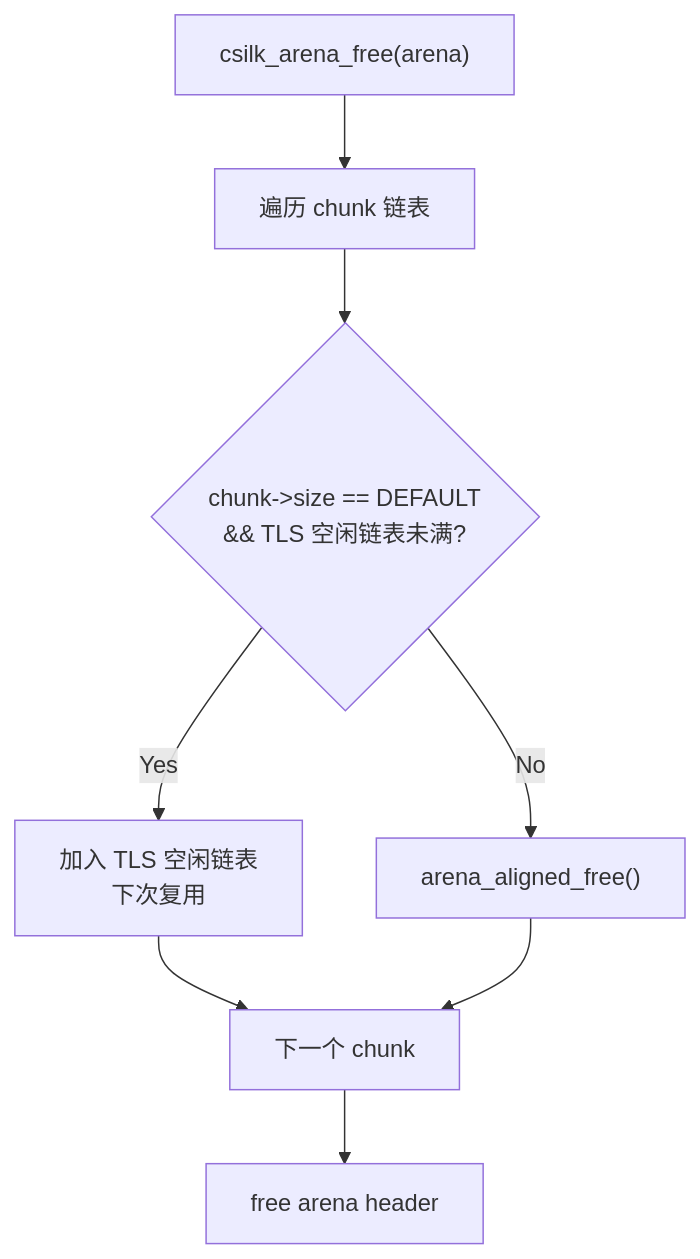
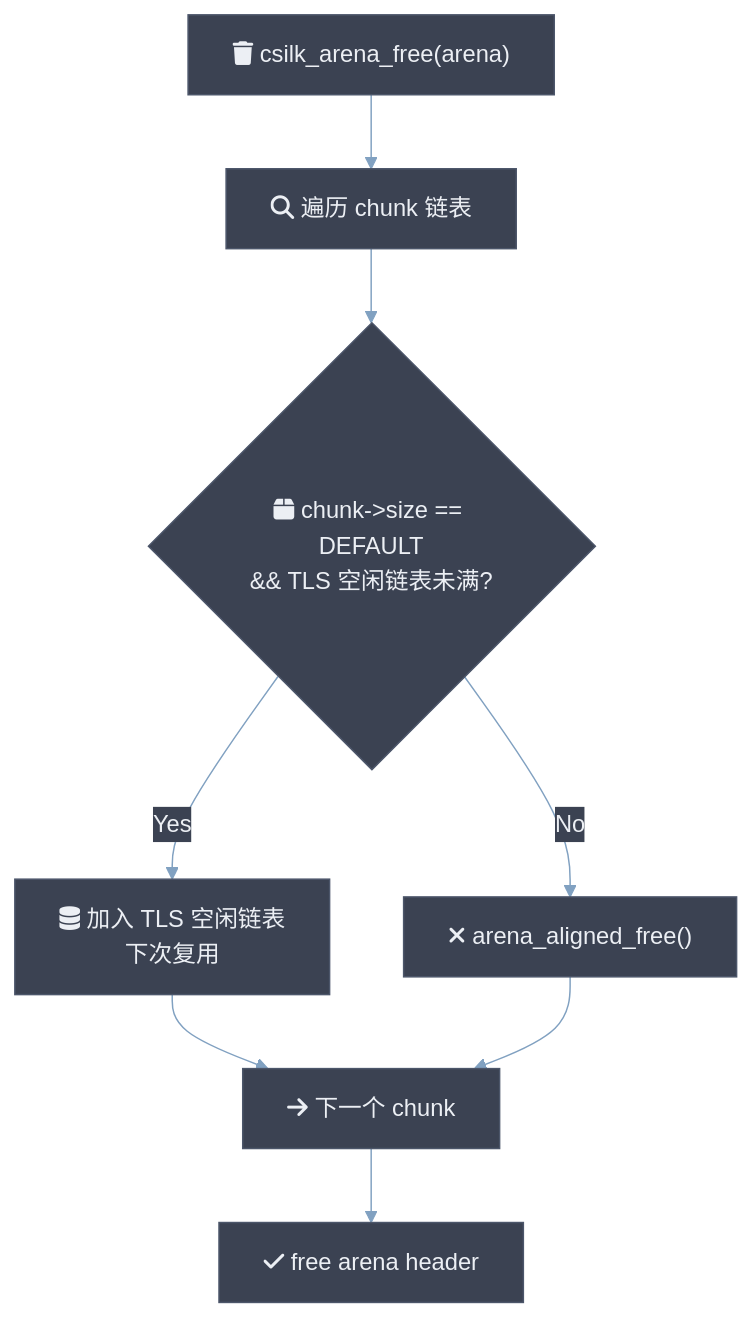
The fourth of 6 diagrams in docs/module-design/arena.md (quintin-lee/csilk), drawn with Mermaid before and after one commit. The commit also changed other lines of this file and 30 other files, not shown here.

Commit message:
docs(docs): 📝 apply Nord Mermaid theme, RFC 2119 keywords, and quantified metrics to all docs

````diff
--- a/docs/module-design/arena.md
+++ b/docs/module-design/arena.md
@@ -133,10 +201,32 @@
 ```mermaid
+%%{init: {
+  'theme': 'base',
+  'themeVariables': {
+    'background': '#2E3440',
+    'primaryColor': '#81A1C1',
+    'primaryBorderColor': '#4C566A',
+    'primaryTextColor': '#ECEFF4',
+    'secondaryColor': '#3B4252',
+    'secondaryBorderColor': '#434C5E',
+    'secondaryTextColor': '#D8DEE9',
+    'lineColor': '#81A1C1',
+    'textColor': '#ECEFF4',
+    'mainBkg': '#3B4252',
+    'nodeBorder': '#4C566A',
+    'clusterBkg': '#2E3440',
+    'clusterBorder': '#4C566A',
+    'titleColor': '#ECEFF4',
+    'edgeLabelBackground': '#3B4252',
+    'nodeTextColor': '#ECEFF4'
+  },
+  'flowchart': {'htmlLabels': true, 'curve': 'basis'}
+}}%%
 flowchart TB
-    FREE["csilk_arena_free(arena)"] --> WALK["遍历 chunk 链表"]
-    WALK --> TLS_CHECK{"chunk->size == DEFAULT<br/>&& TLS 空闲链表未满?"}
-    TLS_CHECK -->|Yes| CACHE["加入 TLS 空闲链表<br/>下次复用"]
-    TLS_CHECK -->|No| ALIGNED_FREE["arena_aligned_free()"]
-    CACHE --> NEXT["下一个 chunk"]
+    FREE["fa:fa-trash csilk_arena_free(arena)"] --> WALK["fa:fa-search 遍历 chunk 链表"]
+    WALK --> TLS_CHECK{"fa:fa-box chunk->size == DEFAULT<br/>&& TLS 空闲链表未满?"}
+    TLS_CHECK -->|Yes| CACHE["fa:fa-database 加入 TLS 空闲链表<br/>下次复用"]
+    TLS_CHECK -->|No| ALIGNED_FREE["fa:fa-times arena_aligned_free()"]
+    CACHE --> NEXT["fa:fa-arrow-right 下一个 chunk"]
     ALIGNED_FREE --> NEXT
-    NEXT --> DONE["free arena header"]
+    NEXT --> DONE["fa:fa-check free arena header"]
 ```
````
